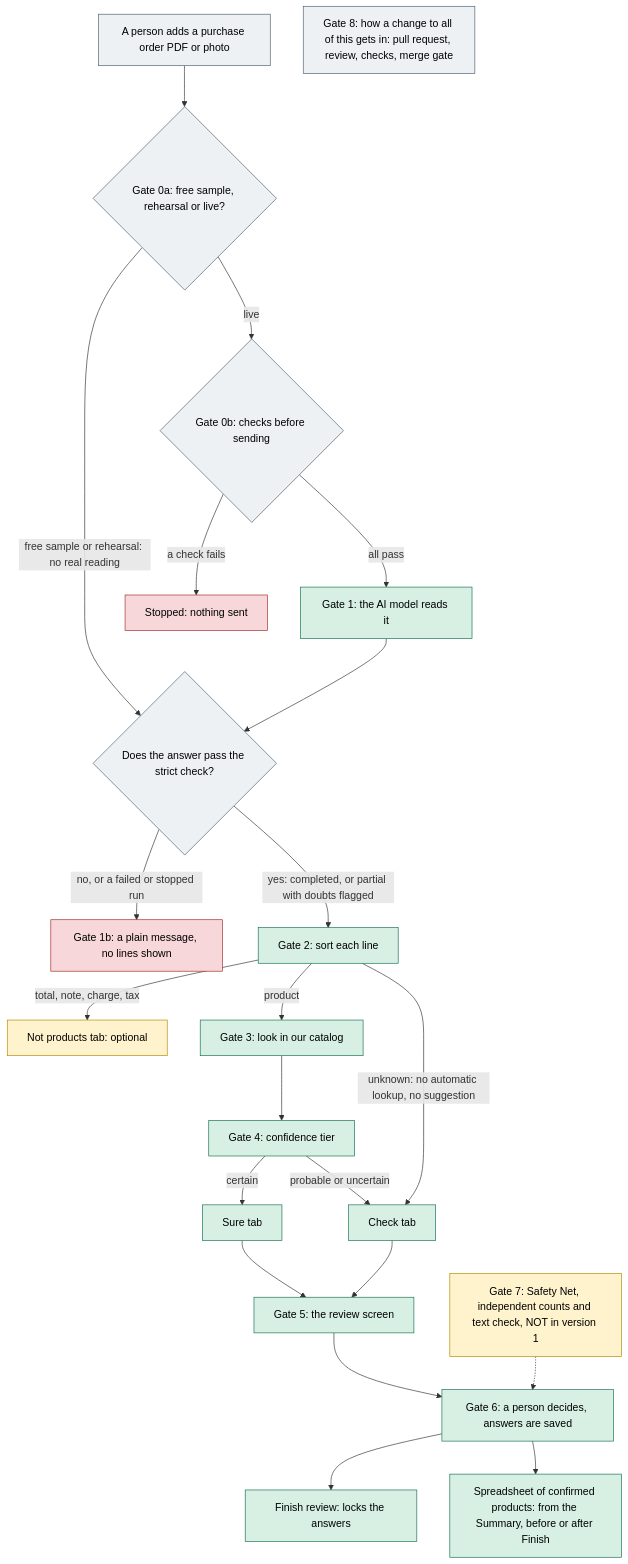
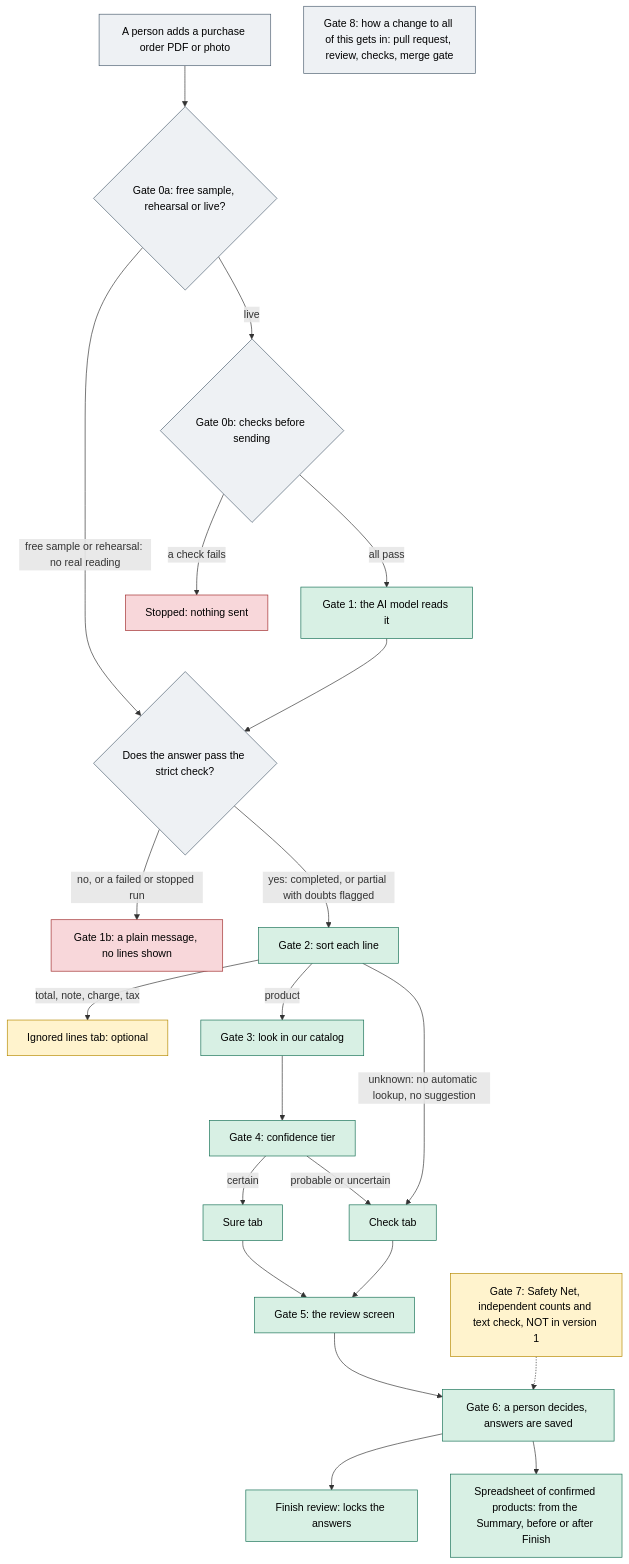
One commit to CarlitosRed/advance-po-reader changed the diagram in docs/how-it-works/README.md. Above: the diagram before and after it, drawn with Mermaid. The commit also changed other lines of this file and 6 other files, not shown here.

First line of the commit message:
docs(how-it-works): describe PR #21 as merged (reason sentences, Ignored lines)

````diff
--- a/docs/how-it-works/README.md
+++ b/docs/how-it-works/README.md
@@ -10,32 +10,32 @@
 ```mermaid
 flowchart TD
   U["A person adds a purchase order PDF or photo"] --> M{"Gate 0a: free sample, rehearsal or live?"}
   M -->|"free sample or rehearsal: no real reading"| V
   M -->|"live"| PRE{"Gate 0b: checks before sending"}
   PRE -->|"a check fails"| STOP["Stopped: nothing sent"]
   PRE -->|"all pass"| G1["Gate 1: the AI model reads it"]
   G1 --> V{"Does the answer pass the strict check?"}
   V -->|"no, or a failed or stopped run"| X["Gate 1b: a plain message, no lines shown"]
   V -->|"yes: completed, or partial with doubts flagged"| G2["Gate 2: sort each line"]
-  G2 -->|"total, note, charge, tax"| NP["Not products tab: optional"]
+  G2 -->|"total, note, charge, tax"| NP["Ignored lines tab: optional"]
   G2 -->|"product"| G3["Gate 3: look in our catalog"]
   G2 -->|"unknown: no automatic lookup, no suggestion"| CHECK
   G3 --> G4["Gate 4: confidence tier"]
   G4 -->|"certain"| SURE["Sure tab"]
   G4 -->|"probable or uncertain"| CHECK["Check tab"]
   SURE --> G5["Gate 5: the review screen"]
   CHECK --> G5
   G5 --> G6["Gate 6: a person decides, answers are saved"]
   G6 --> FIN["Finish review: locks the answers"]
   G6 --> OUT["Spreadsheet of confirmed products: from the Summary, before or after Finish"]
   SN["Gate 7: Safety Net, independent counts and text check, NOT in version 1"] -.-> G6
   CH["Gate 8: how a change to all of this gets in: pull request, review, checks, merge gate"]
   classDef done fill:#d8f0e4,stroke:#167055,color:#000
   classDef later fill:#fff3cd,stroke:#b58900,color:#000
   classDef risk fill:#f8d7da,stroke:#a02c2c,color:#000
   classDef plain fill:#eef1f4,stroke:#4d5f70,color:#000
   class G1,G2,G3,G4,G5,G6,SURE,CHECK,FIN,OUT done
   class SN,NP later
   class X,STOP risk
   class U,M,PRE,V,CH plain
 ```
````
